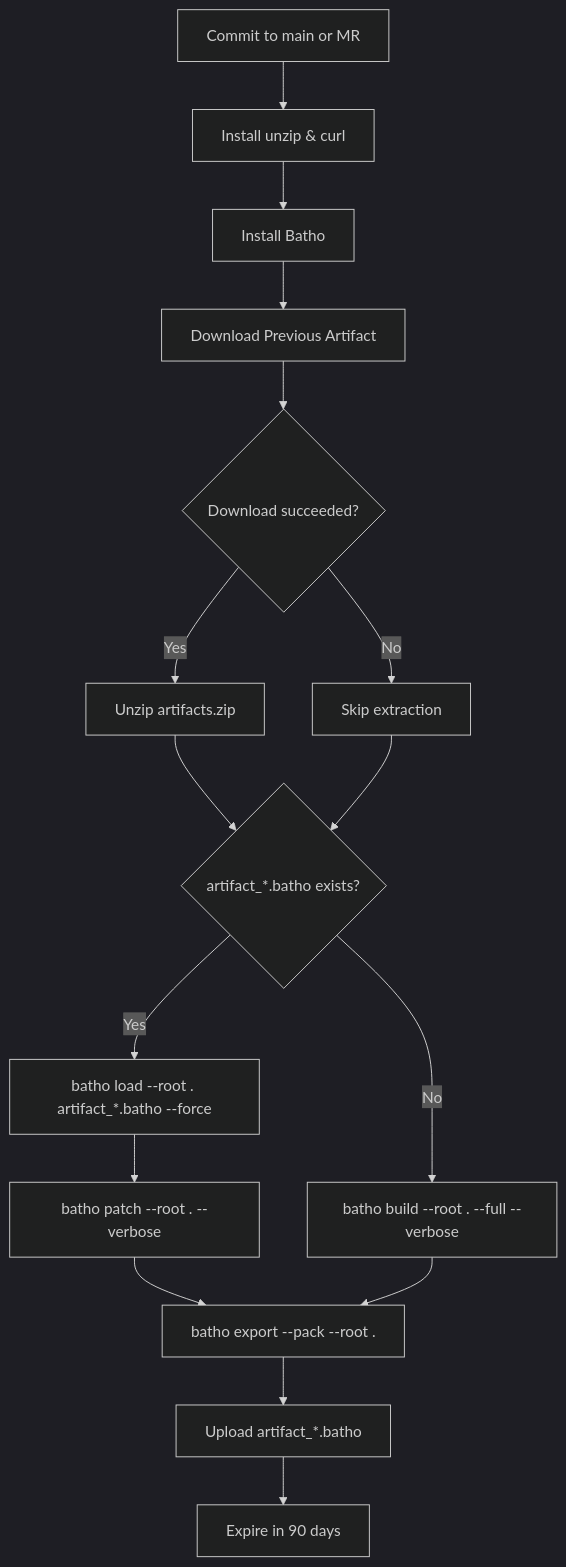
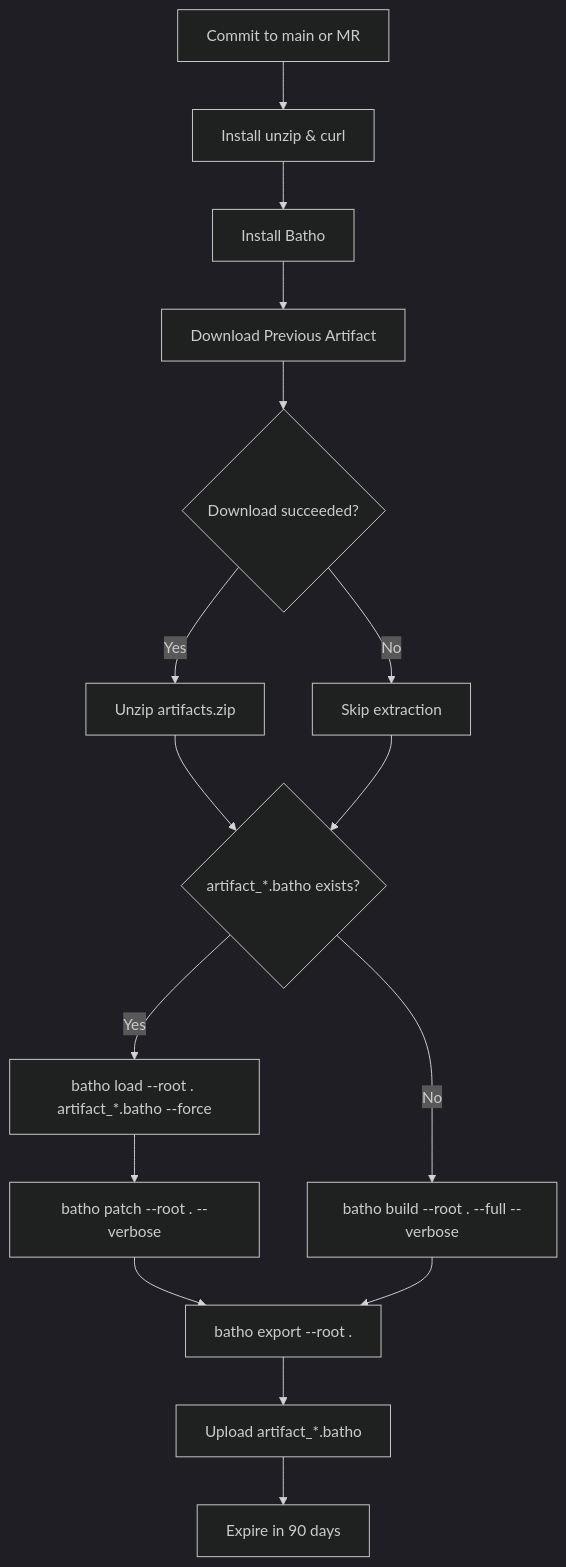
Before and after one commit to sageoz/Batho: the second of 2 diagrams in cicd/cicd.md, drawn with Mermaid (dark theme). The commit also changed other lines of this file and 100 other files, not shown here.

````diff
--- a/cicd/cicd.md
+++ b/cicd/cicd.md
@@ -87,18 +87,18 @@
 ```mermaid
 flowchart TD
     A["Commit to main or MR"] --> B["Install unzip & curl"]
     B --> C["Install Batho"]
     C --> D["Download Previous Artifact"]
     D --> E{Download succeeded?}
     E -- "Yes" --> F["Unzip artifacts.zip"]
     E -- "No" --> G["Skip extraction"]
     F --> H{artifact_*.batho exists?}
     G --> H
     H -- "Yes" --> I["batho load --root . artifact_*.batho --force"]
     I --> J["batho patch --root . --verbose"]
-    J --> K["batho export --pack --root ."]
+    J --> K["batho export --root ."]
     H -- "No" --> L["batho build --root . --full --verbose"]
     L --> K
     K --> M["Upload artifact_*.batho"]
     M --> N["Expire in 90 days"]
 ```
````
